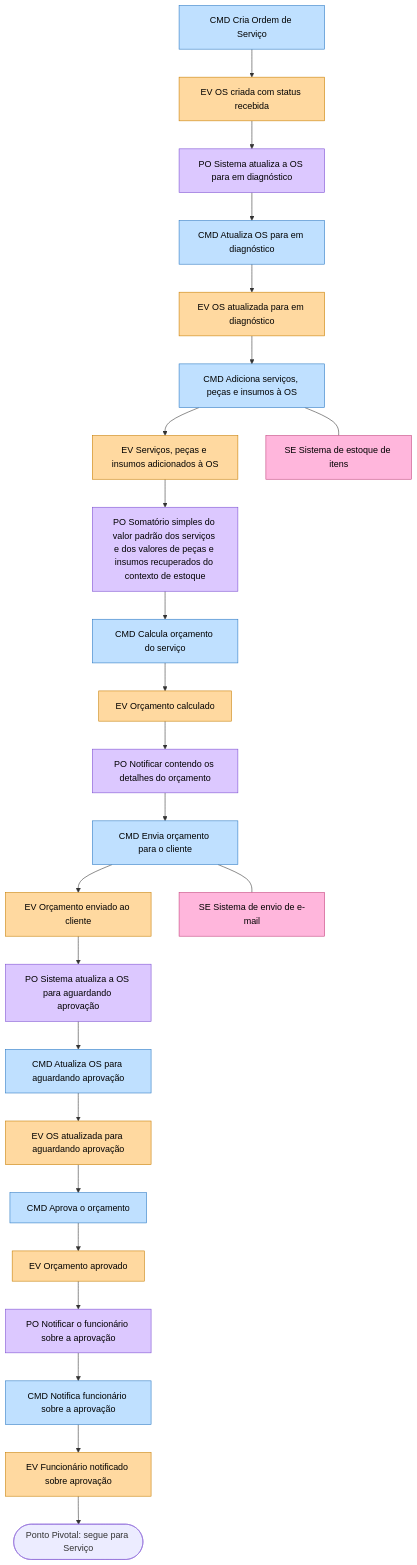
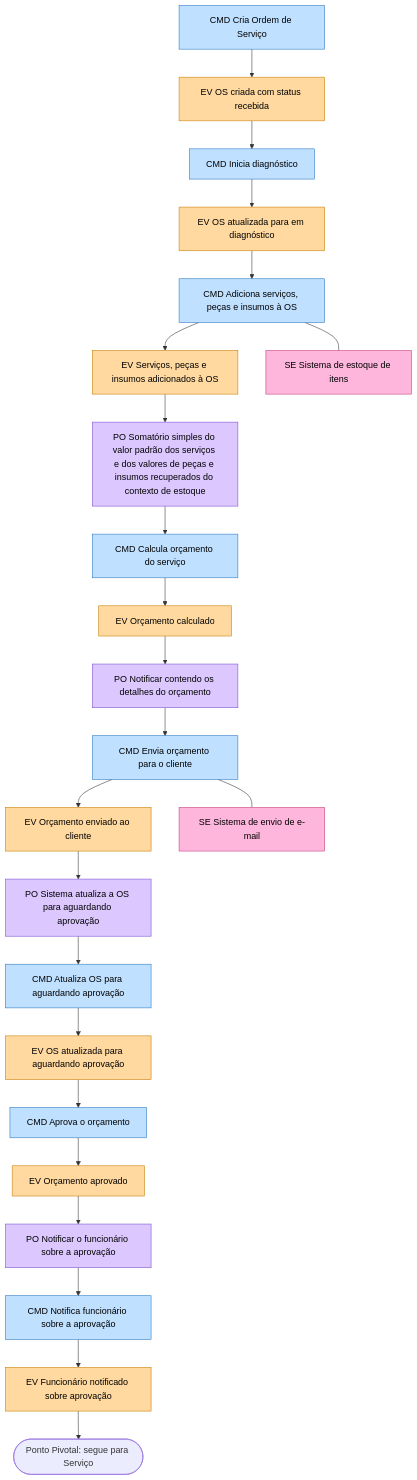
Before and after one commit to raffharah/tech-challenge-oficina: the third of 10 diagrams in docs/ddd/event-storming/fluxo-os.md, drawn with Mermaid. The commit also changed other lines of this file and 20 other files, not shown here.

````diff
--- a/docs/ddd/event-storming/fluxo-os.md
+++ b/docs/ddd/event-storming/fluxo-os.md
@@ -81,16 +81,16 @@
 ```mermaid
 flowchart TD
   classDef cmd fill:#bfe0ff,stroke:#2b78c2,color:#000
   classDef ev fill:#ffd9a0,stroke:#c77d00,color:#000
   classDef po fill:#dcc8ff,stroke:#7b4fd1,color:#000
   classDef se fill:#ffb6dc,stroke:#c2417c,color:#000
-  A20["CMD Cria Ordem de Serviço"]:::cmd --> A21["EV OS criada com status recebida"]:::ev --> A22["PO Sistema atualiza a OS para em diagnóstico"]:::po --> A23["CMD Atualiza OS para em diagnóstico"]:::cmd --> A24["EV OS atualizada para em diagnóstico"]:::ev
+  A20["CMD Cria Ordem de Serviço"]:::cmd --> A21["EV OS criada com status recebida"]:::ev --> A23["CMD Inicia diagnóstico"]:::cmd --> A24["EV OS atualizada para em diagnóstico"]:::ev
   A24 --> A25["CMD Adiciona serviços, peças e insumos à OS"]:::cmd --> A27["EV Serviços, peças e insumos adicionados à OS"]:::ev
   A25 --- A26["SE Sistema de estoque de itens"]:::se
   A27 --> A28["PO Somatório simples do valor padrão dos serviços e dos valores de peças e insumos recuperados do contexto de estoque"]:::po --> A29["CMD Calcula orçamento do serviço"]:::cmd --> A30["EV Orçamento calculado"]:::ev
   A30 --> A31["PO Notificar contendo os detalhes do orçamento"]:::po --> A32["CMD Envia orçamento para o cliente"]:::cmd --> A34["EV Orçamento enviado ao cliente"]:::ev
   A32 --- A33["SE Sistema de envio de e-mail"]:::se
   A34 --> A35["PO Sistema atualiza a OS para aguardando aprovação"]:::po --> A36["CMD Atualiza OS para aguardando aprovação"]:::cmd --> A37["EV OS atualizada para aguardando aprovação"]:::ev
   A37 --> A38["CMD Aprova o orçamento"]:::cmd --> A39["EV Orçamento aprovado"]:::ev --> A40["PO Notificar o funcionário sobre a aprovação"]:::po --> A41["CMD Notifica funcionário sobre a aprovação"]:::cmd --> A42["EV Funcionário notificado sobre aprovação"]:::ev
   A42 --> PIV(["Ponto Pivotal: segue para Serviço"])
 ```
````
